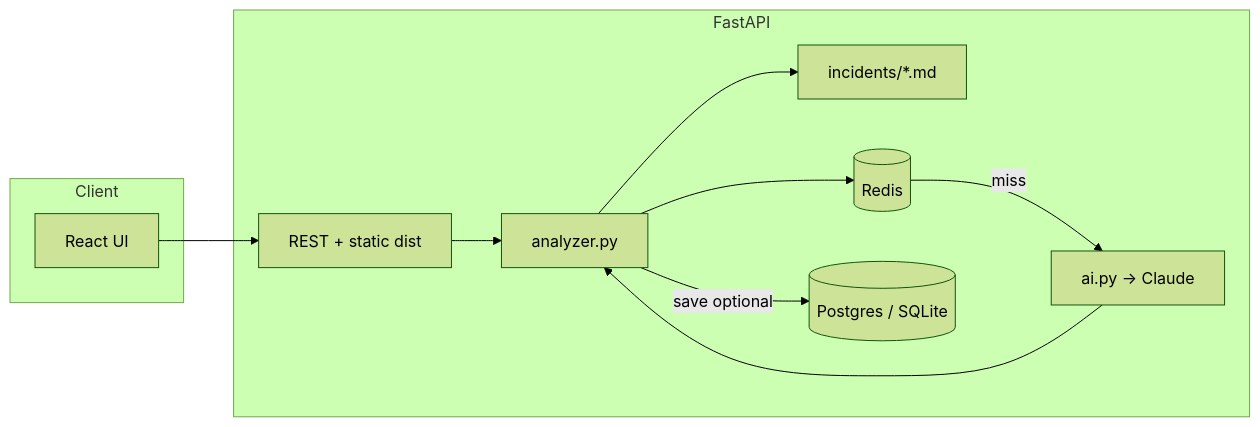
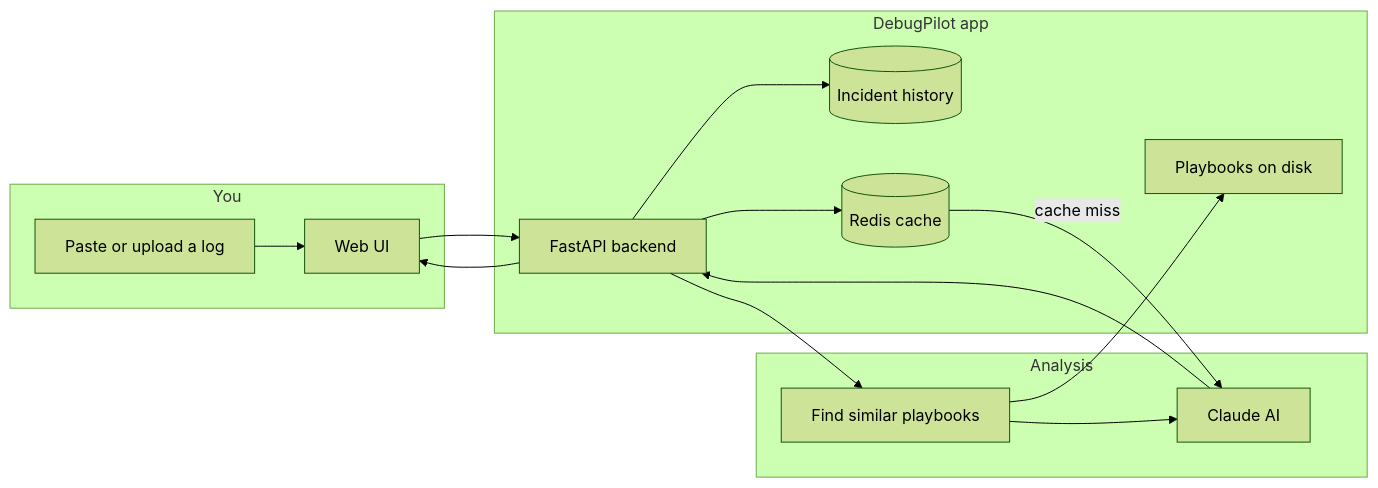
Before and after one commit to manavmalavia18/DebugPilot: the diagram in README.md, drawn with Mermaid (forest theme). The commit also changed other lines of this file, not shown here.

````diff
--- a/README.md
+++ b/README.md
@@ -241,21 +94,24 @@
 ```mermaid
 flowchart LR
-  subgraph client [Client]
-    UI[React UI]
+  subgraph you [You]
+    Log[Paste or upload a log]
+    UI[Web UI]
   end
-  subgraph api [FastAPI]
-    Routes[REST + static dist]
-    Analyzer[analyzer.py]
-    Playbooks[incidents/*.md]
-    Cache[(Redis)]
-    AI[ai.py → Claude]
-    DB[(Postgres / SQLite)]
+  subgraph app [DebugPilot app]
+    API[FastAPI backend]
+    History[(Incident history)]
+    Cache[(Redis cache)]
+    Books[Playbooks on disk]
   end
-  UI --> Routes
-  Routes --> Analyzer
-  Analyzer --> Playbooks
-  Analyzer --> Cache
-  Cache -->|miss| AI
-  AI --> Analyzer
-  Analyzer -->|save optional| DB
+  subgraph brain [Analysis]
+    RAG[Find similar playbooks]
+    Claude[Claude AI]
+  end
+  Log --> UI --> API
+  API --> RAG --> Books
+  API --> Cache
+  Cache -->|cache miss| Claude
+  RAG --> Claude
+  Claude --> API --> UI
+  API --> History
 ```
````
